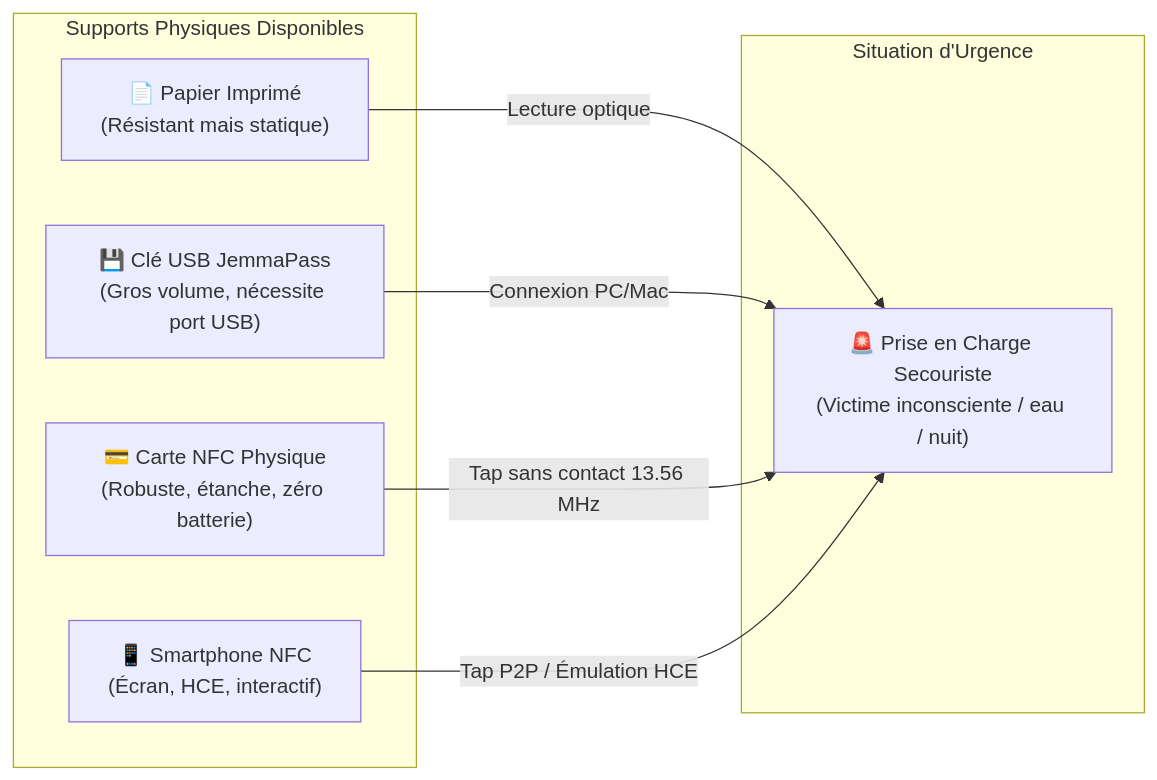
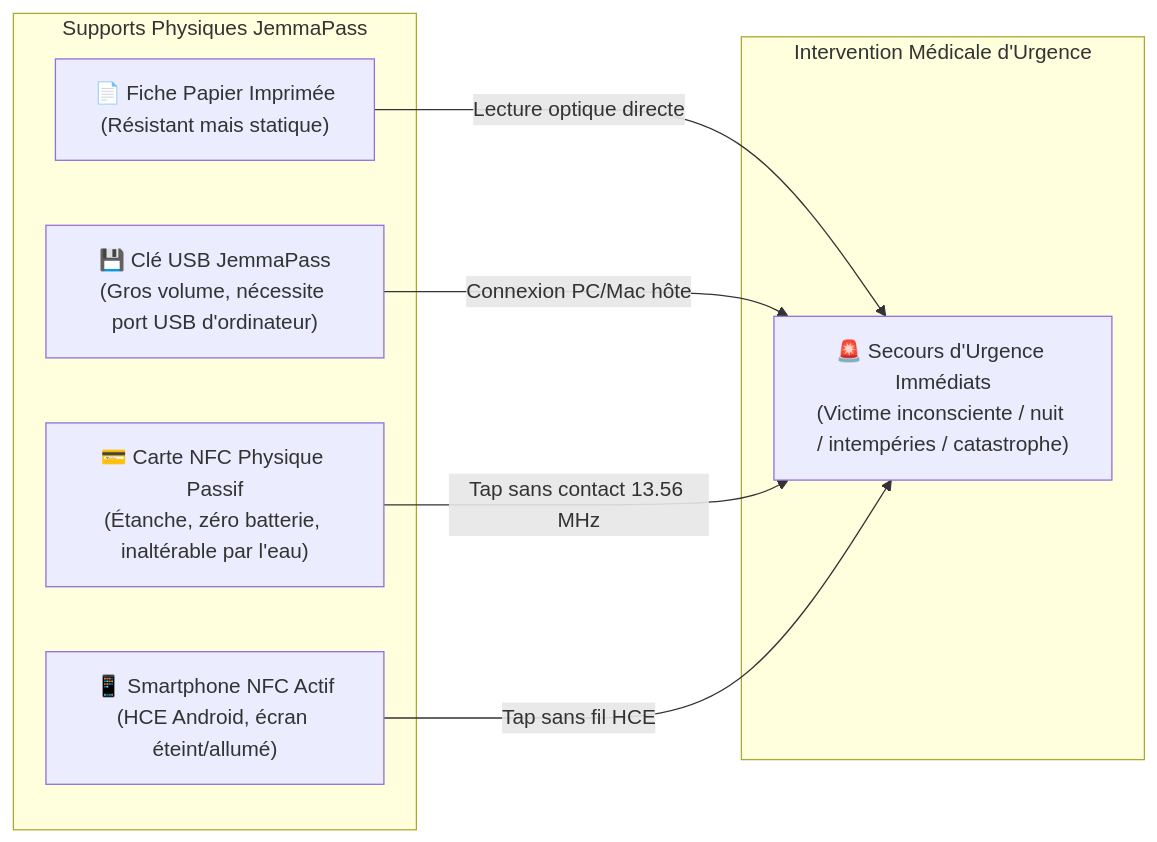
Before and after one commit to kurodohenroonsen/JemmaPass: the first of 3 diagrams in docs/functional/35-nfc.md, drawn with Mermaid. The commit also changed other lines of this file, not shown here.

Commit message:
docs(functional): rewrite 35-nfc.md with verified official URLs, verbatim quotes, ECDSA P-256 and raw profile measurements

````diff
--- a/docs/functional/35-nfc.md
+++ b/docs/functional/35-nfc.md
@@ -37,18 +41,18 @@
 ```mermaid
 flowchart LR
-    subgraph Supports_Physiques ["Supports Physiques Disponibles"]
-        PAPER["📄 Papier Imprimé<br/>(Résistant mais statique)"]
-        USB["💾 Clé USB JemmaPass<br/>(Gros volume, nécessite port USB)"]
-        NFC_CARD["💳 Carte NFC Physique<br/>(Robuste, étanche, zéro batterie)"]
-        PHONE["📱 Smartphone NFC<br/>(Écran, HCE, interactif)"]
+    subgraph Supports_Physiques ["Supports Physiques JemmaPass"]
+        PAPER["📄 Fiche Papier Imprimée<br/>(Résistant mais statique)"]
+        USB["💾 Clé USB JemmaPass<br/>(Gros volume, nécessite port USB d'ordinateur)"]
+        NFC_CARD["💳 Carte NFC Physique Passif<br/>(Étanche, zéro batterie, inaltérable par l'eau)"]
+        PHONE["📱 Smartphone NFC Actif<br/>(HCE Android, écran éteint/allumé)"]
     end
 
-    subgraph Canaux_Secours ["Situation d'Urgence"]
-        INTERV["🚨 Prise en Charge Secouriste<br/>(Victime inconsciente / eau / nuit)"]
+    subgraph Prise_En_Charge ["Intervention Médicale d'Urgence"]
+        RESCUE["🚨 Secours d'Urgence Immédiats<br/>(Victime inconsciente / nuit / intempéries / catastrophe)"]
     end
 
-    PAPER -->|Lecture optique| INTERV
-    USB -->|Connexion PC/Mac| INTERV
-    NFC_CARD -->|Tap sans contact 13.56 MHz| INTERV
-    PHONE -->|Tap P2P / Émulation HCE| INTERV
+    PAPER -->|Lecture optique directe| RESCUE
+    USB -->|Connexion PC/Mac hôte| RESCUE
+    NFC_CARD -->|Tap sans contact 13.56 MHz| RESCUE
+    PHONE -->|Tap sans fil HCE| RESCUE
 ```
````
